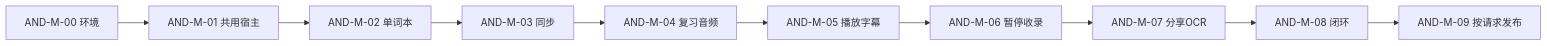
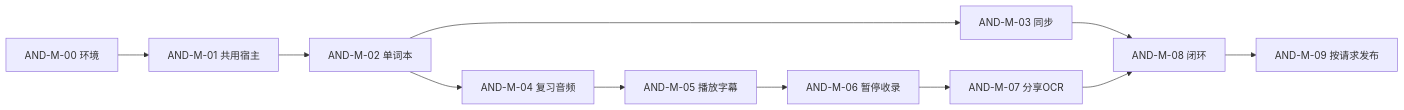
The diagram in docs/planning/android-development-plan.md (ananba1985/SubtitleVocabularyList), drawn with Mermaid before and after one commit. The commit also changed other lines of this file and 34 other files, not shown here.

````diff
--- a/docs/planning/android-development-plan.md
+++ b/docs/planning/android-development-plan.md
@@ -38,12 +38,13 @@
 ```mermaid
 flowchart LR
     M00[AND-M-00 环境] --> M01[AND-M-01 共用宿主]
     M01 --> M02[AND-M-02 单词本]
     M02 --> M03[AND-M-03 同步]
-    M03 --> M04[AND-M-04 复习音频]
+    M02 --> M04[AND-M-04 复习音频]
+    M03 --> M08
     M04 --> M05[AND-M-05 播放字幕]
     M05 --> M06[AND-M-06 暂停收录]
     M06 --> M07[AND-M-07 分享OCR]
     M07 --> M08[AND-M-08 闭环]
     M08 --> M09[AND-M-09 按请求发布]
 ```
````
